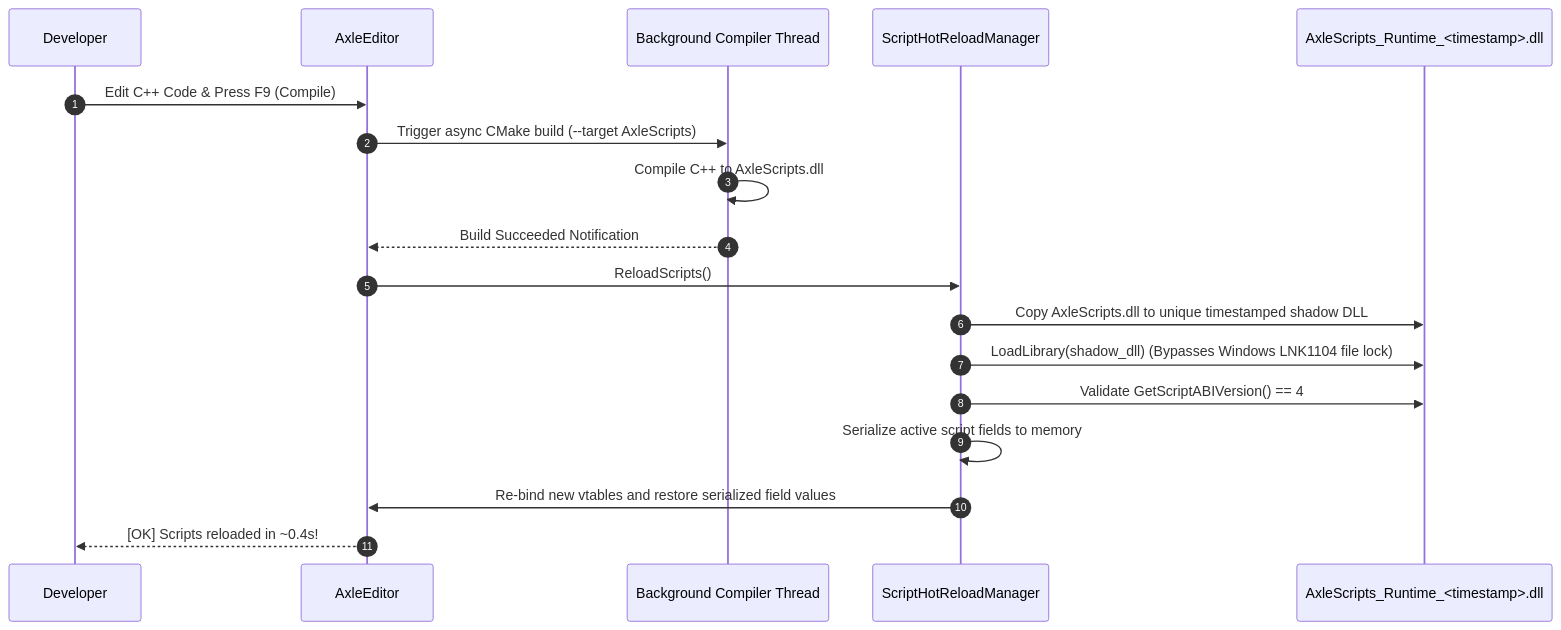
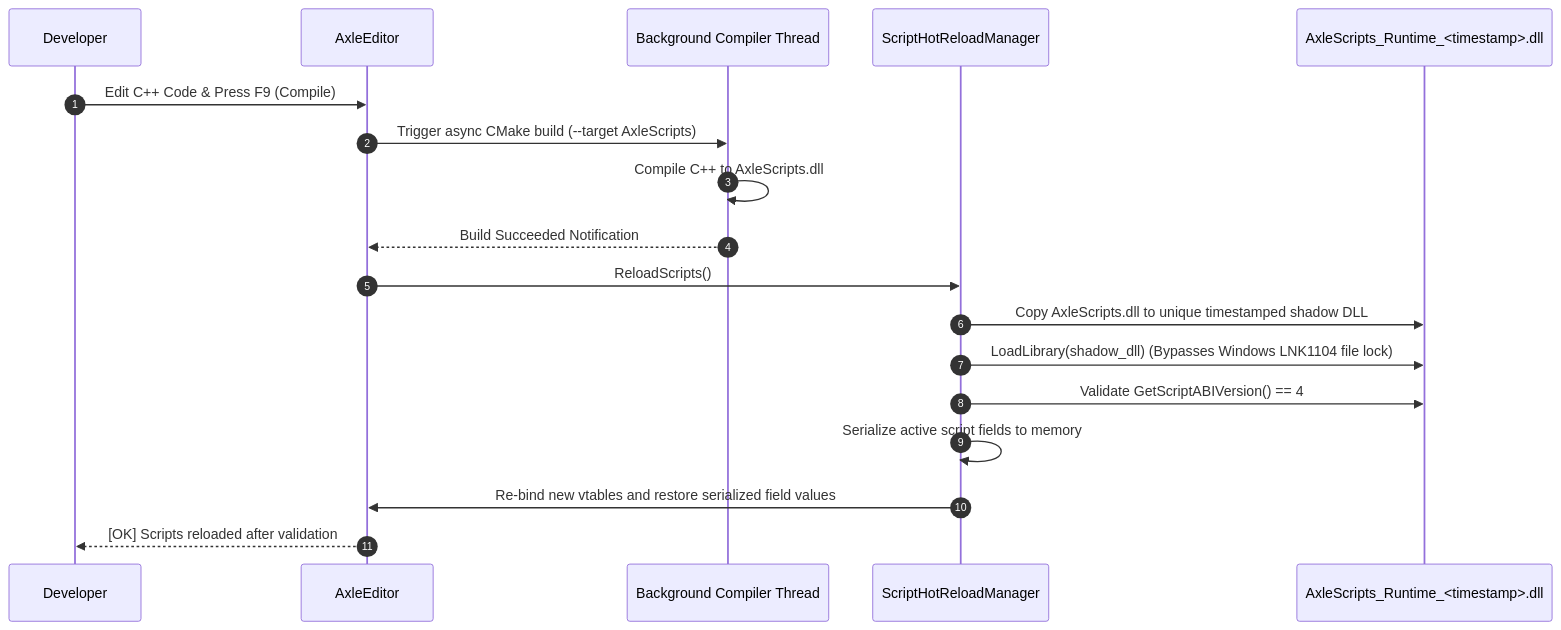
Before and after one commit to nguyenphong0210/AxleEngine: the diagram in docs/guides/SCRIPTING.md, drawn with Mermaid. The commit also changed other lines of this file and 18 other files, not shown here.

Commit message:
docs(architecture): record OPT-10 acceptance and open gates

````diff
--- a/docs/guides/SCRIPTING.md
+++ b/docs/guides/SCRIPTING.md
@@ -146,21 +155,21 @@
 ```mermaid
 sequenceDiagram
     autonumber
     participant Dev as Developer
     participant Editor as AxleEditor
     participant Compiler as Background Compiler Thread
     participant Manager as ScriptHotReloadManager
     participant DLL as AxleScripts_Runtime_<timestamp>.dll
 
     Dev->>Editor: Edit C++ Code & Press F9 (Compile)
     Editor->>Compiler: Trigger async CMake build (--target AxleScripts)
     Compiler->>Compiler: Compile C++ to AxleScripts.dll
     Compiler-->>Editor: Build Succeeded Notification
     Editor->>Manager: ReloadScripts()
     Manager->>DLL: Copy AxleScripts.dll to unique timestamped shadow DLL
     Manager->>DLL: LoadLibrary(shadow_dll) (Bypasses Windows LNK1104 file lock)
     Manager->>DLL: Validate GetScriptABIVersion() == 4
     Manager->>Manager: Serialize active script fields to memory
     Manager->>Editor: Re-bind new vtables and restore serialized field values
-    Editor-->>Dev: [OK] Scripts reloaded in ~0.4s!
+    Editor-->>Dev: [OK] Scripts reloaded after validation
 ```
````
